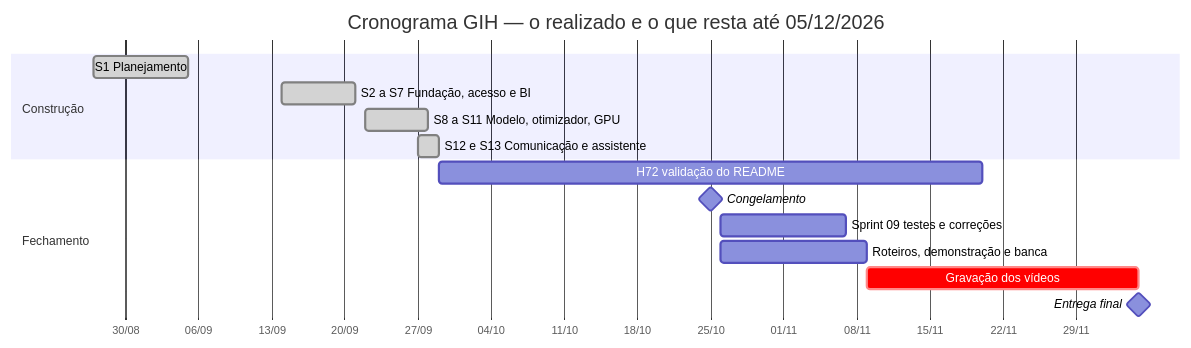
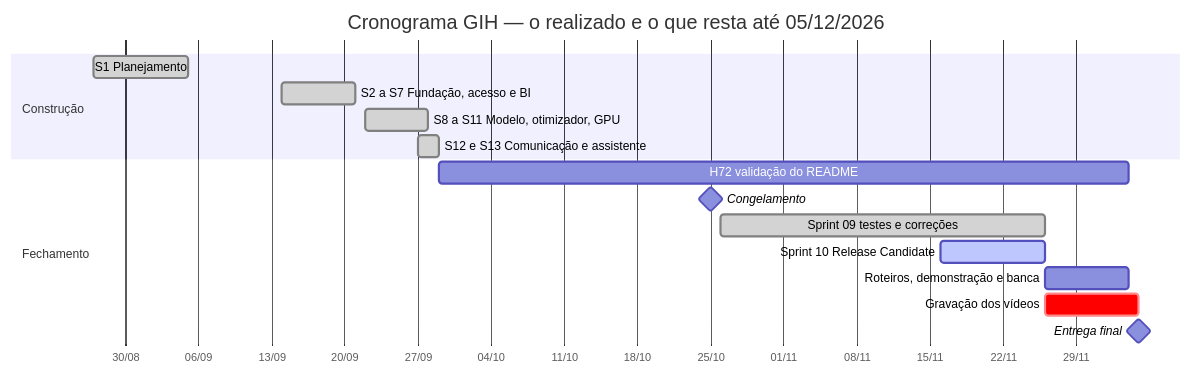
Before and after one commit to PedroMiranda243/gih-fabrica-de-software: the diagram in docs/05-cronograma.md, drawn with Mermaid. The commit also changed other lines of this file and 1 other file, not shown here.

````diff
--- a/docs/05-cronograma.md
+++ b/docs/05-cronograma.md
@@ -151,20 +153,21 @@
 ```mermaid
 gantt
     title Cronograma GIH — o realizado e o que resta até 05/12/2026
     dateFormat YYYY-MM-DD
     axisFormat %d/%m
 
     section Construção
     S1 Planejamento                 :done, 2026-08-27, 2026-09-05
     S2 a S7 Fundação, acesso e BI   :done, 2026-09-14, 2026-09-21
     S8 a S11 Modelo, otimizador, GPU :done, 2026-09-22, 2026-09-28
     S12 e S13 Comunicação e assistente :done, 2026-09-27, 2026-09-29
 
     section Fechamento
-    H72 validação do README         :2026-09-29, 2026-11-20
+    H72 validação do README         :2026-09-29, 2026-12-04
     Congelamento                    :milestone, 2026-10-25, 0d
-    Sprint 09 testes e correções    :2026-10-26, 2026-11-07
-    Roteiros, demonstração e banca  :2026-10-26, 2026-11-09
-    Gravação dos vídeos             :crit, 2026-11-09, 2026-12-05
+    Sprint 09 testes e correções    :done, 2026-10-26, 2026-11-26
+    Sprint 10 Release Candidate     :active, 2026-11-16, 2026-11-26
+    Roteiros, demonstração e banca  :2026-11-26, 2026-12-04
+    Gravação dos vídeos             :crit, 2026-11-26, 2026-12-05
     Entrega final                   :milestone, 2026-12-05, 0d
 ```
````
